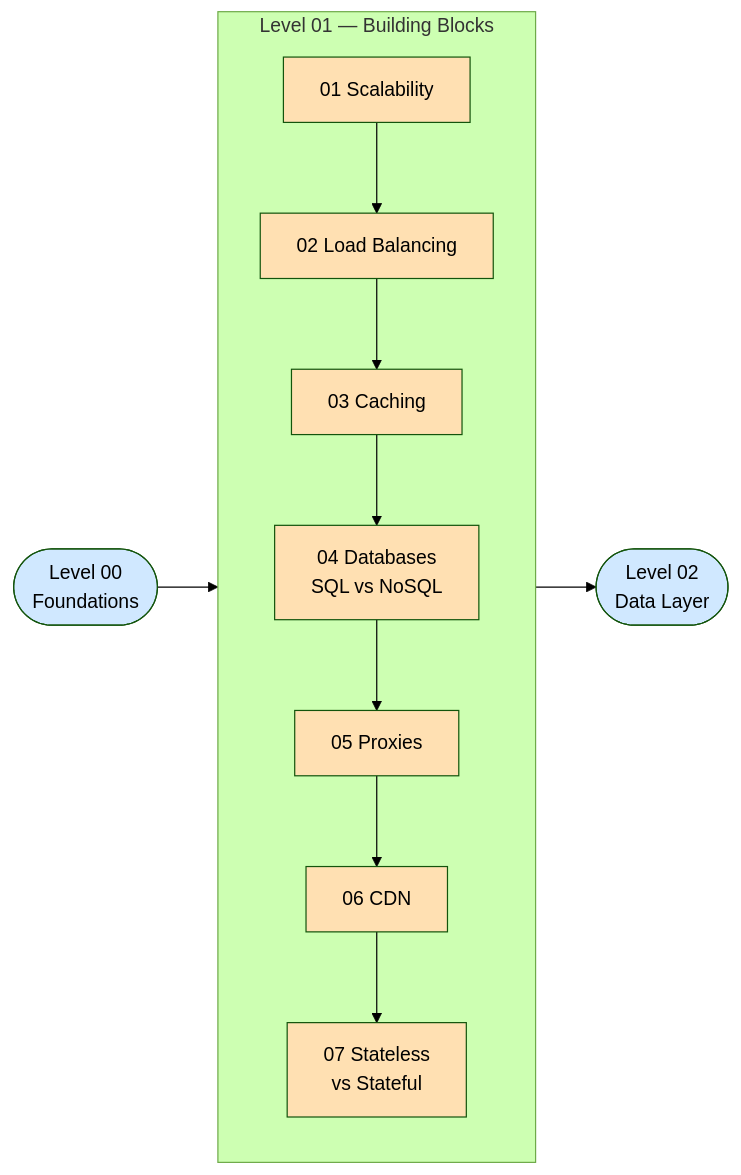
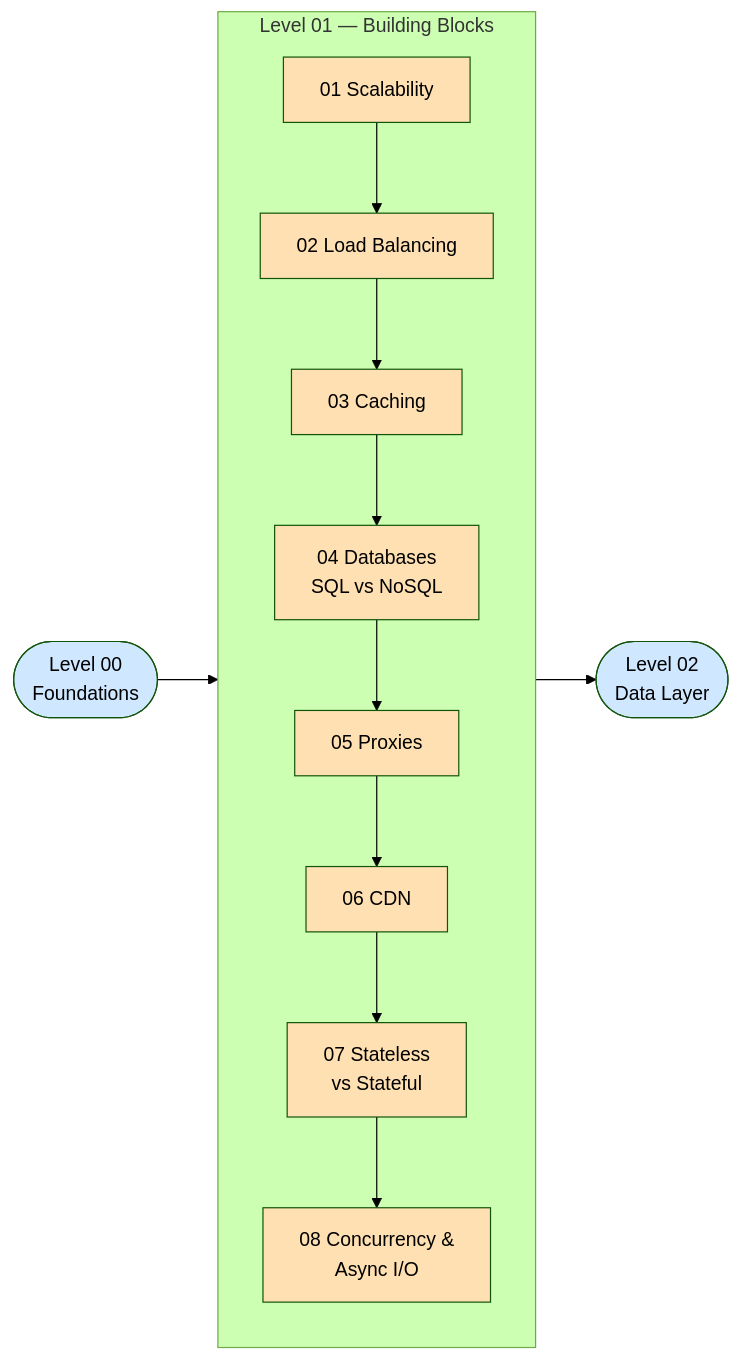
One commit to Ankan1998/learn-system-design changed the diagram in Level-01-Building-Blocks/README.md. Above: the diagram before and after it, drawn with Mermaid (forest theme). The commit also changed other lines of this file and 24 other files, not shown here.

````diff
--- a/Level-01-Building-Blocks/README.md
+++ b/Level-01-Building-Blocks/README.md
@@ -31,26 +32,28 @@
 ```mermaid
 flowchart LR
     A([Level 00<br/>Foundations]) --> B
 
     subgraph B[Level 01 — Building Blocks]
         direction TB
         S1[01 Scalability] --> S2[02 Load Balancing]
         S2 --> S3[03 Caching]
         S3 --> S4[04 Databases<br/>SQL vs NoSQL]
         S4 --> S5[05 Proxies]
         S5 --> S6[06 CDN]
         S6 --> S7[07 Stateless<br/>vs Stateful]
+        S7 --> S8[08 Concurrency &<br/>Async I/O]
     end
 
     B --> C([Level 02<br/>Data Layer])
 
     style A fill:#d0e8ff,color:#000
     style C fill:#d0e8ff,color:#000
     style S1 fill:#ffe0b2,color:#000
     style S2 fill:#ffe0b2,color:#000
     style S3 fill:#ffe0b2,color:#000
     style S4 fill:#ffe0b2,color:#000
     style S5 fill:#ffe0b2,color:#000
     style S6 fill:#ffe0b2,color:#000
     style S7 fill:#ffe0b2,color:#000
+    style S8 fill:#ffe0b2,color:#000
 ```
````
